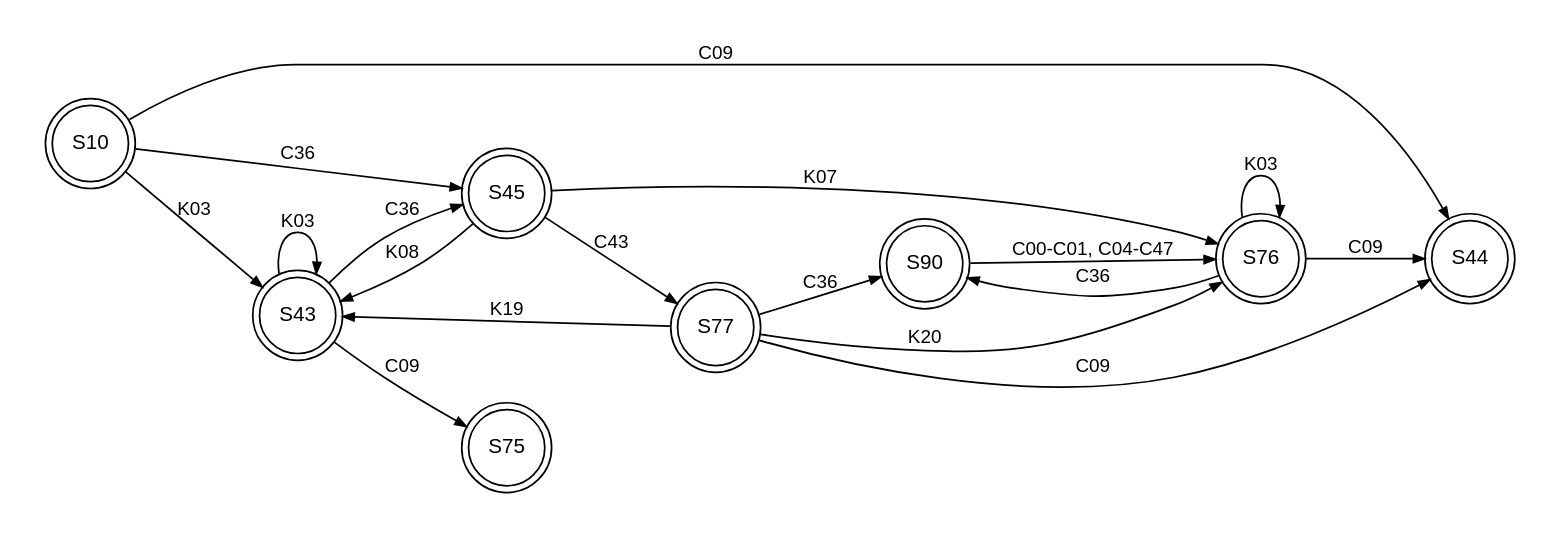
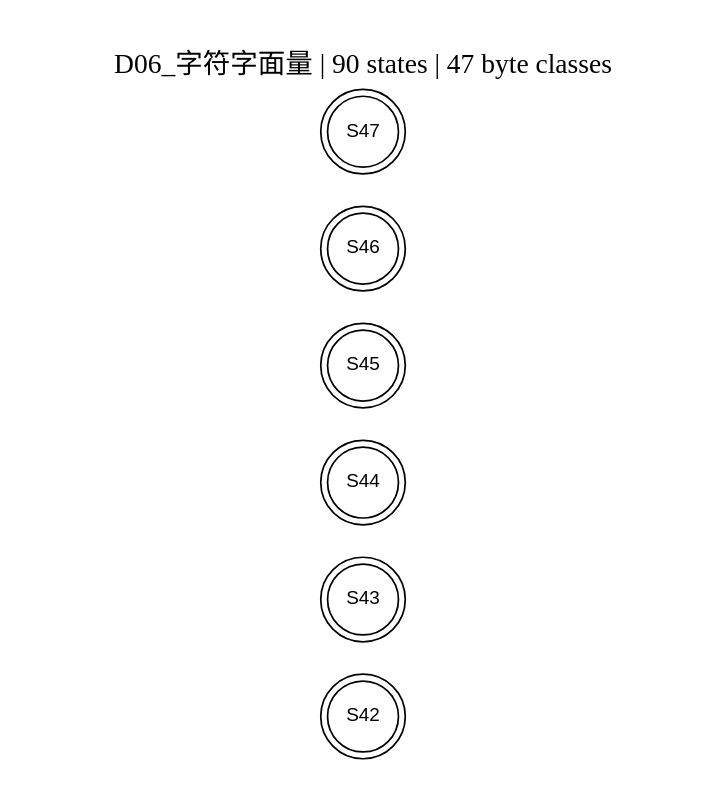
One commit to EternalLonging/AAACompilerDevelopment changed the diagram in 实验设计/LL1与图示/矢量图/D06_字符字面量.dot. Above: the diagram before and after it, drawn with Graphviz. The commit also changed 86 other files, not shown here.

```diff
--- a/实验设计/LL1与图示/矢量图/D06_字符字面量.dot
+++ b/实验设计/LL1与图示/矢量图/D06_字符字面量.dot
@@ -1,26 +1,13 @@
-digraph G { graph [rankdir=LR, bgcolor="white", nodesep=0.3, ranksep=0.65, pad=0.25]; node [fontname="Arial", fontsize=12, shape=circle, width=0.55]; edge [fontname="Arial", fontsize=11, arrowsize=0.65];n10 [label="S10",shape=doublecircle,style=solid];
-n43 [label="S43",shape=doublecircle,style=solid];
-n44 [label="S44",shape=doublecircle,style=solid];
-n45 [label="S45",shape=doublecircle,style=solid];
-n75 [label="S75",shape=doublecircle,style=solid];
-n76 [label="S76",shape=doublecircle,style=solid];
-n77 [label="S77",shape=doublecircle,style=solid];
-n90 [label="S90",shape=doublecircle,style=solid];
-n10 -> n43 [label="K03"];
-n10 -> n44 [label="C09"];
-n10 -> n45 [label="C36"];
-n43 -> n43 [label="K03"];
-n43 -> n75 [label="C09"];
-n43 -> n45 [label="C36"];
-n45 -> n76 [label="K07"];
-n45 -> n43 [label="K08"];
-n45 -> n77 [label="C43"];
-n76 -> n76 [label="K03"];
-n76 -> n44 [label="C09"];
-n76 -> n90 [label="C36"];
-n77 -> n76 [label="K20"];
-n77 -> n44 [label="C09"];
-n77 -> n43 [label="K19"];
-n77 -> n90 [label="C36"];
-n90 -> n76 [label="C00-C01, C04-C47"];
+digraph G {
+  graph [rankdir=LR, bgcolor="white", nodesep=0.25, ranksep=0.55, pad=0.25];
+  node [fontname="Arial", fontsize=11, shape=circle, width=0.55];
+  edge [fontname="Arial", fontsize=9, arrowsize=0.6];
+  label="D06_字符字面量 | 90 states | 47 byte classes";
+  labelloc="t"; fontsize=16;
+  n42 [label="S42", shape=doublecircle];
+  n43 [label="S43", shape=doublecircle];
+  n44 [label="S44", shape=doublecircle];
+  n45 [label="S45", shape=doublecircle];
+  n46 [label="S46", shape=doublecircle];
+  n47 [label="S47", shape=doublecircle];
 }
```
